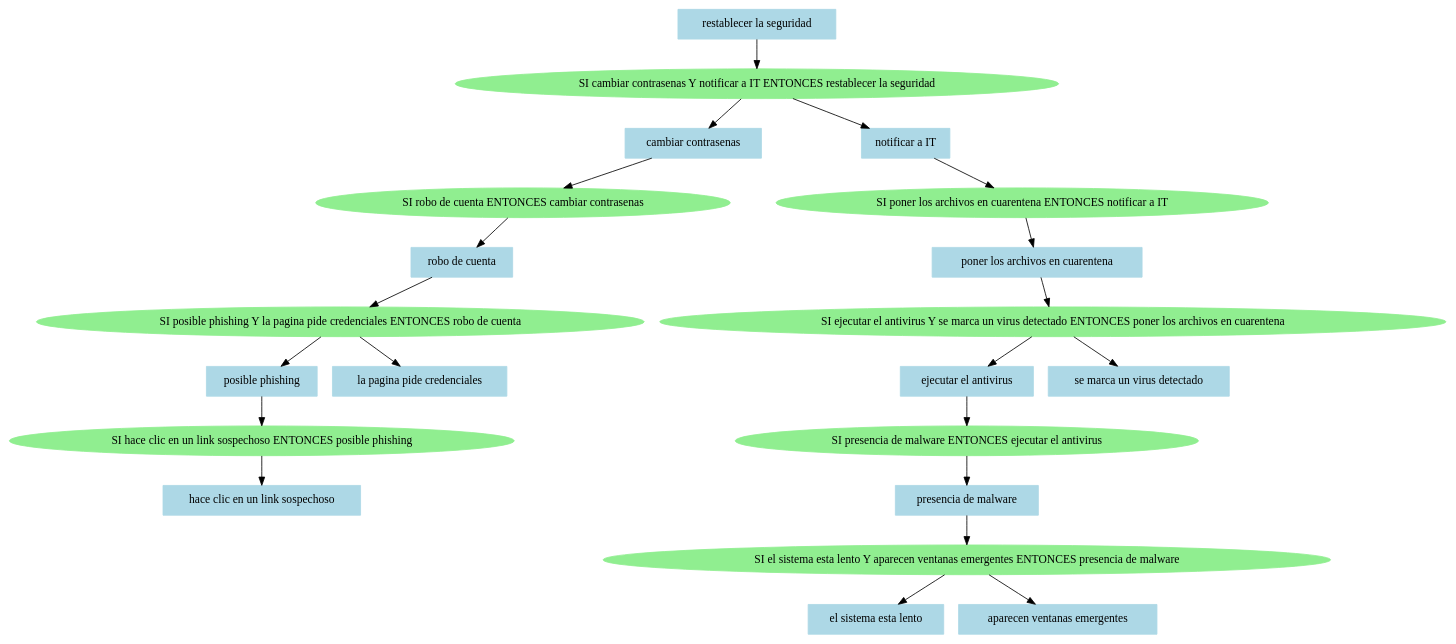
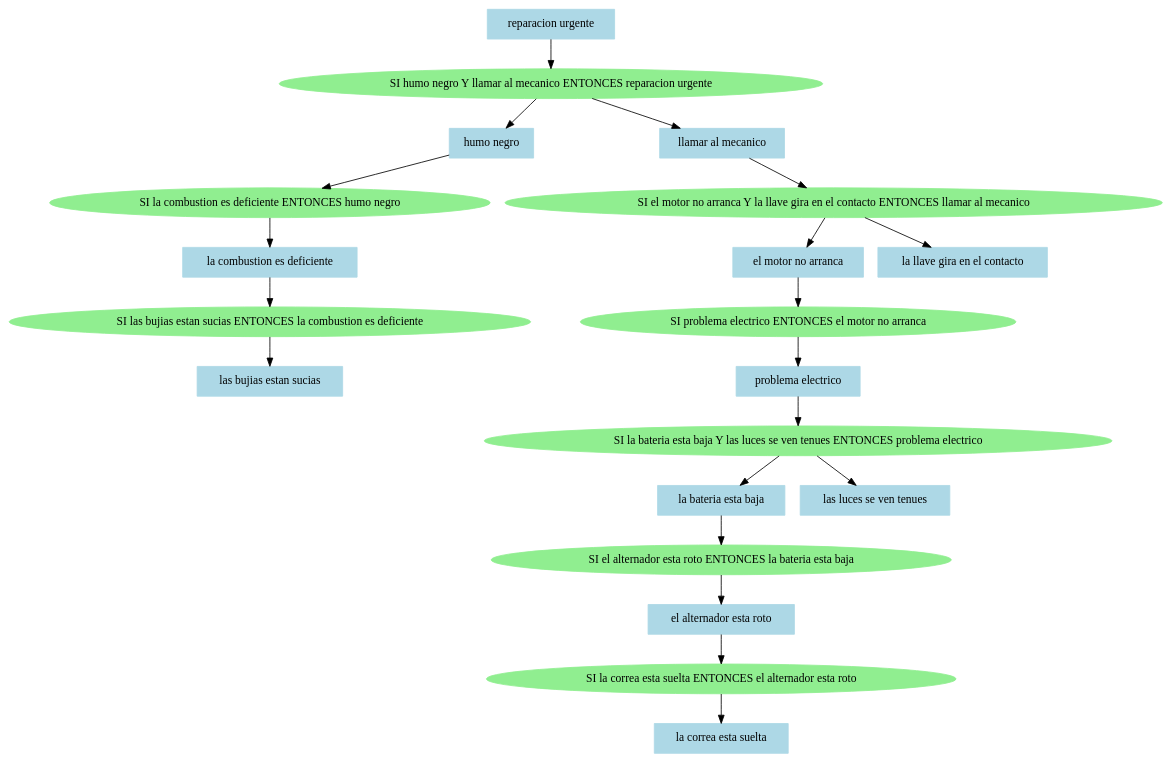
One commit to jesshdzz/Motor-inferencia-IA changed the diagram in arbol.dot. Above: the diagram before and after it, drawn with Graphviz. The commit also changed 5 other files, not shown here.

```diff
--- a/arbol.dot
+++ b/arbol.dot
@@ -1,44 +1,42 @@
 digraph ArbolInferencia {
 node [shape=box, style=filled, color=lightblue];
-nodo0 [label="restablecer la seguridad", shape=box, color=lightblue];
-nodo1 [label="SI cambiar contrasenas Y notificar a IT ENTONCES restablecer la seguridad", shape=ellipse, color=lightgreen];
-nodo2 [label="cambiar contrasenas", shape=box, color=lightblue];
-nodo3 [label="SI robo de cuenta ENTONCES cambiar contrasenas", shape=ellipse, color=lightgreen];
-nodo4 [label="robo de cuenta", shape=box, color=lightblue];
-nodo5 [label="SI posible phishing Y la pagina pide credenciales ENTONCES robo de cuenta", shape=ellipse, color=lightgreen];
-nodo6 [label="posible phishing", shape=box, color=lightblue];
-nodo7 [label="SI hace clic en un link sospechoso ENTONCES posible phishing", shape=ellipse, color=lightgreen];
-nodo8 [label="hace clic en un link sospechoso", shape=box, color=lightblue];
-nodo7 -> nodo8;
-nodo6 -> nodo7;
+nodo0 [label="reparacion urgente", shape=box, color=lightblue];
+nodo1 [label="SI humo negro Y llamar al mecanico ENTONCES reparacion urgente", shape=ellipse, color=lightgreen];
+nodo2 [label="humo negro", shape=box, color=lightblue];
+nodo3 [label="SI la combustion es deficiente ENTONCES humo negro", shape=ellipse, color=lightgreen];
+nodo4 [label="la combustion es deficiente", shape=box, color=lightblue];
+nodo5 [label="SI las bujias estan sucias ENTONCES la combustion es deficiente", shape=ellipse, color=lightgreen];
+nodo6 [label="las bujias estan sucias", shape=box, color=lightblue];
 nodo5 -> nodo6;
-nodo9 [label="la pagina pide credenciales", shape=box, color=lightblue];
-nodo5 -> nodo9;
 nodo4 -> nodo5;
 nodo3 -> nodo4;
 nodo2 -> nodo3;
 nodo1 -> nodo2;
-nodo10 [label="notificar a IT", shape=box, color=lightblue];
-nodo11 [label="SI poner los archivos en cuarentena ENTONCES notificar a IT", shape=ellipse, color=lightgreen];
-nodo12 [label="poner los archivos en cuarentena", shape=box, color=lightblue];
-nodo13 [label="SI ejecutar el antivirus Y se marca un virus detectado ENTONCES poner los archivos en cuarentena", shape=ellipse, color=lightgreen];
-nodo14 [label="ejecutar el antivirus", shape=box, color=lightblue];
-nodo15 [label="SI presencia de malware ENTONCES ejecutar el antivirus", shape=ellipse, color=lightgreen];
-nodo16 [label="presencia de malware", shape=box, color=lightblue];
-nodo17 [label="SI el sistema esta lento Y aparecen ventanas emergentes ENTONCES presencia de malware", shape=ellipse, color=lightgreen];
-nodo18 [label="el sistema esta lento", shape=box, color=lightblue];
-nodo17 -> nodo18;
-nodo19 [label="aparecen ventanas emergentes", shape=box, color=lightblue];
-nodo17 -> nodo19;
+nodo7 [label="llamar al mecanico", shape=box, color=lightblue];
+nodo8 [label="SI el motor no arranca Y la llave gira en el contacto ENTONCES llamar al mecanico", shape=ellipse, color=lightgreen];
+nodo9 [label="el motor no arranca", shape=box, color=lightblue];
+nodo10 [label="SI problema electrico ENTONCES el motor no arranca", shape=ellipse, color=lightgreen];
+nodo11 [label="problema electrico", shape=box, color=lightblue];
+nodo12 [label="SI la bateria esta baja Y las luces se ven tenues ENTONCES problema electrico", shape=ellipse, color=lightgreen];
+nodo13 [label="la bateria esta baja", shape=box, color=lightblue];
+nodo14 [label="SI el alternador esta roto ENTONCES la bateria esta baja", shape=ellipse, color=lightgreen];
+nodo15 [label="el alternador esta roto", shape=box, color=lightblue];
+nodo16 [label="SI la correa esta suelta ENTONCES el alternador esta roto", shape=ellipse, color=lightgreen];
+nodo17 [label="la correa esta suelta", shape=box, color=lightblue];
 nodo16 -> nodo17;
 nodo15 -> nodo16;
 nodo14 -> nodo15;
 nodo13 -> nodo14;
-nodo20 [label="se marca un virus detectado", shape=box, color=lightblue];
-nodo13 -> nodo20;
 nodo12 -> nodo13;
+nodo18 [label="las luces se ven tenues", shape=box, color=lightblue];
+nodo12 -> nodo18;
 nodo11 -> nodo12;
 nodo10 -> nodo11;
-nodo1 -> nodo10;
+nodo9 -> nodo10;
+nodo8 -> nodo9;
+nodo19 [label="la llave gira en el contacto", shape=box, color=lightblue];
+nodo8 -> nodo19;
+nodo7 -> nodo8;
+nodo1 -> nodo7;
 nodo0 -> nodo1;
 }
```
